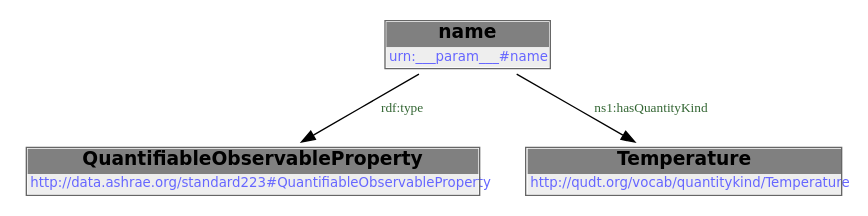
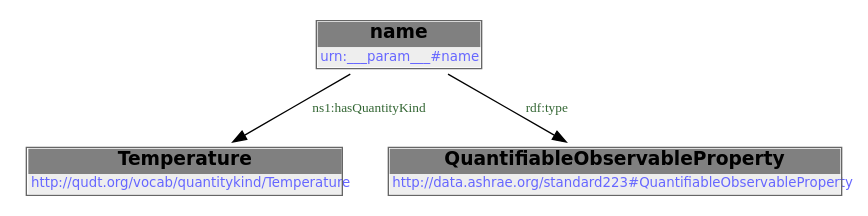
Before and after one commit to DataDrivenCPS/water-ontology: the second of 2 diagrams in docs/libraries/templates/temperature.rst, drawn with Graphviz. The commit also changed 33 other files, not shown here.

```diff
--- a/docs/libraries/templates/temperature.rst
+++ b/docs/libraries/templates/temperature.rst
@@ -70,10 +70,10 @@
         .. graphviz::
 
                 digraph G {
             node [fontname="DejaVu Sans"];
-            node0 -> node1 [color=BLACK, label=< <font point-size='10' color='#336633'>rdf:type</font> >];
-            node0 -> node2 [color=BLACK, label=< <font point-size='10' color='#336633'>ns1:hasQuantityKind</font> >];
+            node0 -> node1 [color=BLACK, label=< <font point-size='10' color='#336633'>ns1:hasQuantityKind</font> >];
+            node0 -> node2 [color=BLACK, label=< <font point-size='10' color='#336633'>rdf:type</font> >];
             node0 [shape=none, color=black, label=< <table color='#666666' cellborder='0' cellspacing='0' border='1'><tr><td colspan='2' bgcolor='grey'><B>name</B></td></tr><tr><td href='urn:___param___#name' bgcolor='#eeeeee' colspan='2'><font point-size='10' color='#6666ff'>urn:___param___#name</font></td></tr></table> >];
-            node1 [shape=none, color=black, label=< <table color='#666666' cellborder='0' cellspacing='0' border='1'><tr><td colspan='2' bgcolor='grey'><B>QuantifiableObservableProperty</B></td></tr><tr><td href='http://data.ashrae.org/standard223#QuantifiableObservableProperty' bgcolor='#eeeeee' colspan='2'><font point-size='10' color='#6666ff'>http://data.ashrae.org/standard223#QuantifiableObservableProperty</font></td></tr></table> >];
-            node2 [shape=none, color=black, label=< <table color='#666666' cellborder='0' cellspacing='0' border='1'><tr><td colspan='2' bgcolor='grey'><B>Temperature</B></td></tr><tr><td href='http://qudt.org/vocab/quantitykind/Temperature' bgcolor='#eeeeee' colspan='2'><font point-size='10' color='#6666ff'>http://qudt.org/vocab/quantitykind/Temperature</font></td></tr></table> >];
+            node1 [shape=none, color=black, label=< <table color='#666666' cellborder='0' cellspacing='0' border='1'><tr><td colspan='2' bgcolor='grey'><B>Temperature</B></td></tr><tr><td href='http://qudt.org/vocab/quantitykind/Temperature' bgcolor='#eeeeee' colspan='2'><font point-size='10' color='#6666ff'>http://qudt.org/vocab/quantitykind/Temperature</font></td></tr></table> >];
+            node2 [shape=none, color=black, label=< <table color='#666666' cellborder='0' cellspacing='0' border='1'><tr><td colspan='2' bgcolor='grey'><B>QuantifiableObservableProperty</B></td></tr><tr><td href='http://data.ashrae.org/standard223#QuantifiableObservableProperty' bgcolor='#eeeeee' colspan='2'><font point-size='10' color='#6666ff'>http://data.ashrae.org/standard223#QuantifiableObservableProperty</font></td></tr></table> >];
             }
```
